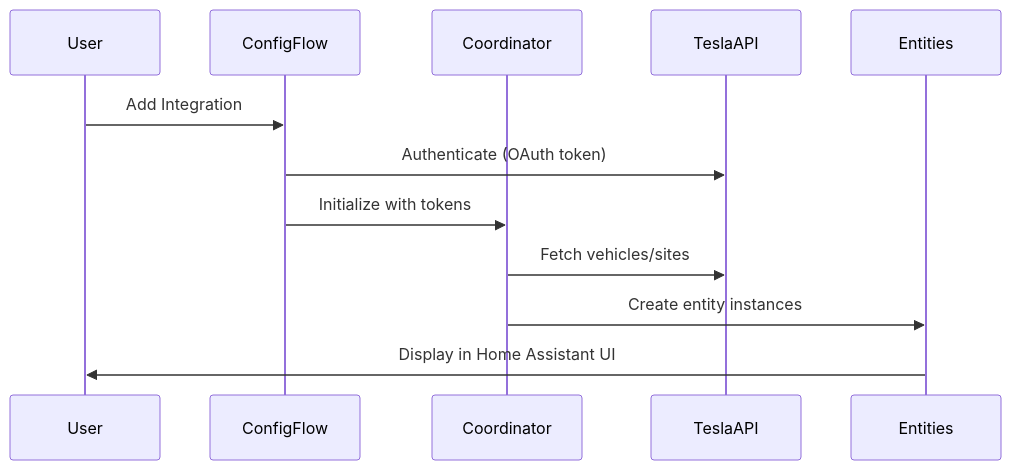
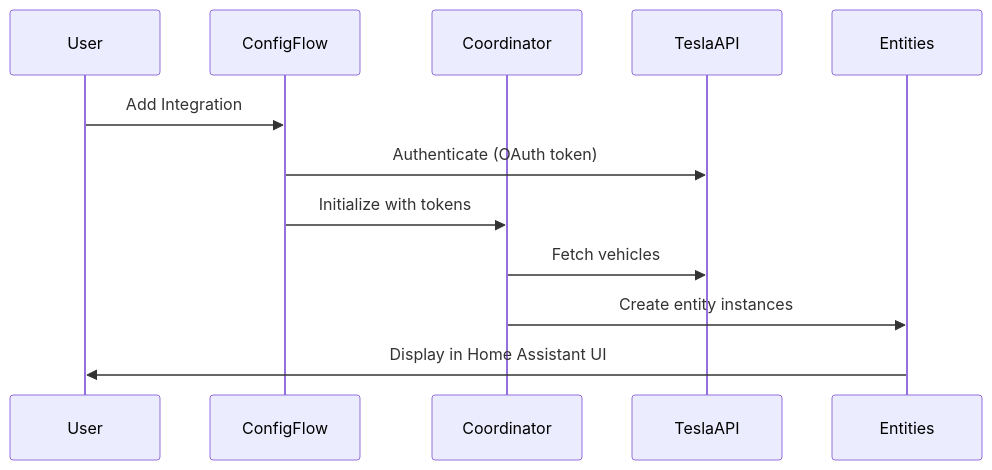
Before and after one commit to grzesiek1711/tesla: the second of 8 diagrams in docs/architecture.md, drawn with Mermaid. The commit also changed other lines of this file and 31 other files, not shown here.

````diff
--- a/docs/architecture.md
+++ b/docs/architecture.md
@@ -33,15 +33,15 @@
 ```mermaid
 sequenceDiagram
     participant User
     participant ConfigFlow
     participant Coordinator
     participant TeslaAPI
     participant Entities
 
     User->>ConfigFlow: Add Integration
     ConfigFlow->>TeslaAPI: Authenticate (OAuth token)
     ConfigFlow->>Coordinator: Initialize with tokens
-    Coordinator->>TeslaAPI: Fetch vehicles/sites
+    Coordinator->>TeslaAPI: Fetch vehicles
     Coordinator->>Entities: Create entity instances
     Entities->>User: Display in Home Assistant UI
 ```
````
